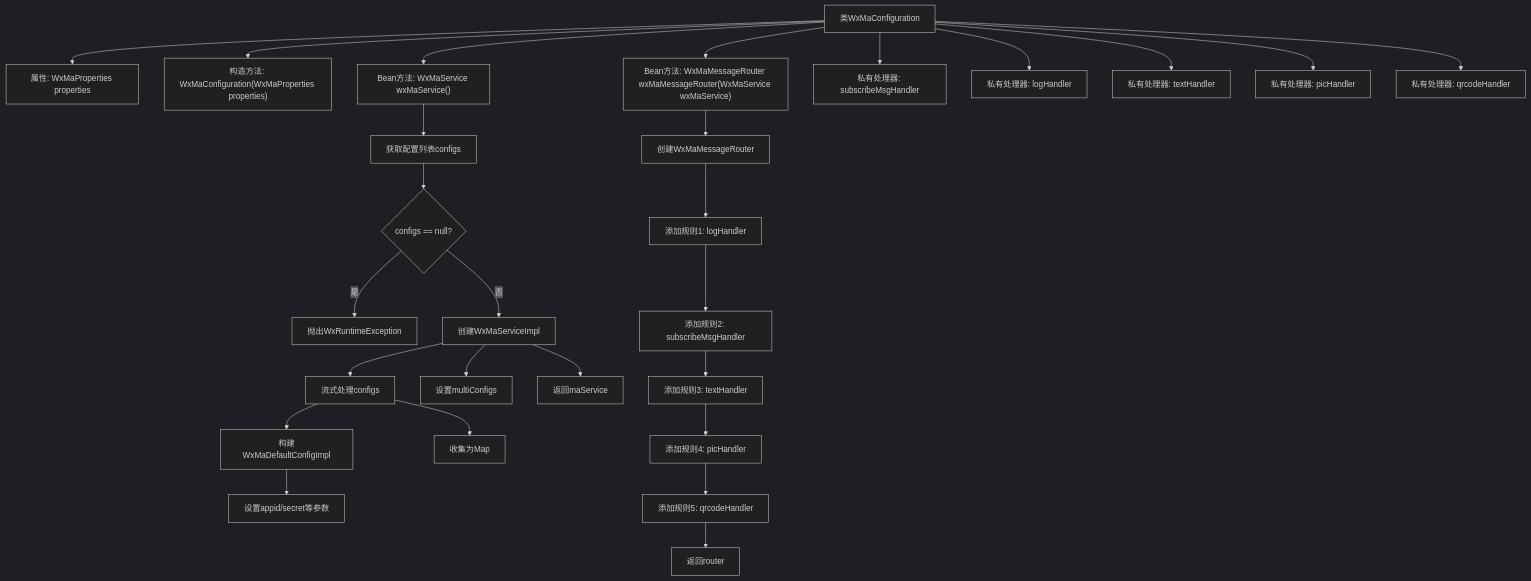
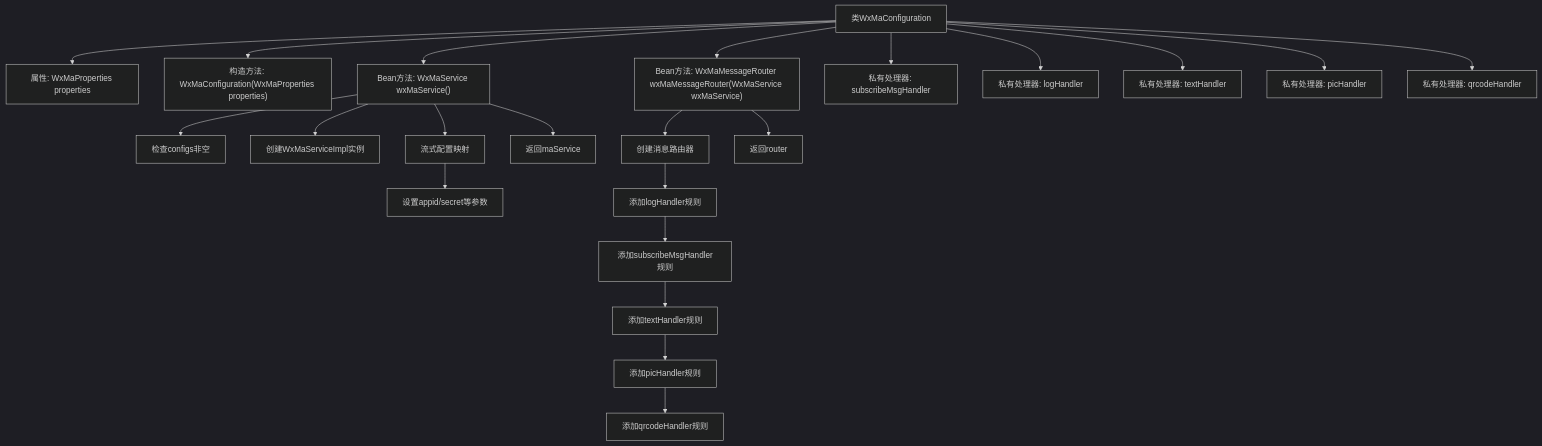
Before and after one commit to v-wjrong/binary_weixin-java-miniapp-demo: the second of 2 diagrams in docs/zh/docs/src/main/java/com/github/binarywang/demo/wx/miniapp/config/WxMaConfiguration.md, drawn with Mermaid (dark theme). The commit also changed other lines of this file and 50 other files, not shown here.

````diff
--- a/docs/zh/docs/src/main/java/com/github/binarywang/demo/wx/miniapp/config/WxMaConfiguration.md
+++ b/docs/zh/docs/src/main/java/com/github/binarywang/demo/wx/miniapp/config/WxMaConfiguration.md
@@ -110,42 +112,37 @@
 ```mermaid
 graph TD
     A["类WxMaConfiguration"]
     B["属性: WxMaProperties properties"]
     C["构造方法: WxMaConfiguration(WxMaProperties properties)"]
     D["Bean方法: WxMaService wxMaService()"]
     E["Bean方法: WxMaMessageRouter wxMaMessageRouter(WxMaService wxMaService)"]
     F["私有处理器: subscribeMsgHandler"]
     G["私有处理器: logHandler"]
     H["私有处理器: textHandler"]
     I["私有处理器: picHandler"]
     J["私有处理器: qrcodeHandler"]
 
     A --> B
     A --> C
     A --> D
     A --> E
     A --> F
     A --> G
     A --> H
     A --> I
     A --> J
 
-    D --> D1["获取配置列表configs"]
-    D1 --> D2{"configs == null?"}
-    D2 -->|是| D3["抛出WxRuntimeException"]
-    D2 -->|否| D4["创建WxMaServiceImpl"]
-    D4 --> D5["流式处理configs"]
-    D5 --> D6["构建WxMaDefaultConfigImpl"]
-    D6 --> D7["设置appid/secret等参数"]
-    D5 --> D8["收集为Map<appid,config>"]
-    D4 --> D9["设置multiConfigs"]
-    D4 --> D10["返回maService"]
+    D --> D1["检查configs非空"]
+    D --> D2["创建WxMaServiceImpl实例"]
+    D --> D3["流式配置映射"]
+    D3 --> D3a["设置appid/secret等参数"]
+    D --> D4["返回maService"]
 
-    E --> E1["创建WxMaMessageRouter"]
-    E1 --> E2["添加规则1: logHandler"]
-    E2 --> E3["添加规则2: subscribeMsgHandler"]
-    E3 --> E4["添加规则3: textHandler"]
-    E4 --> E5["添加规则4: picHandler"]
-    E5 --> E6["添加规则5: qrcodeHandler"]
-    E6 --> E7["返回router"]
+    E --> E1["创建消息路由器"]
+    E1 --> E1a["添加logHandler规则"]
+    E1a --> E1b["添加subscribeMsgHandler规则"]
+    E1b --> E1c["添加textHandler规则"]
+    E1c --> E1d["添加picHandler规则"]
+    E1d --> E1e["添加qrcodeHandler规则"]
+    E --> E2["返回router"]
 ```
````
